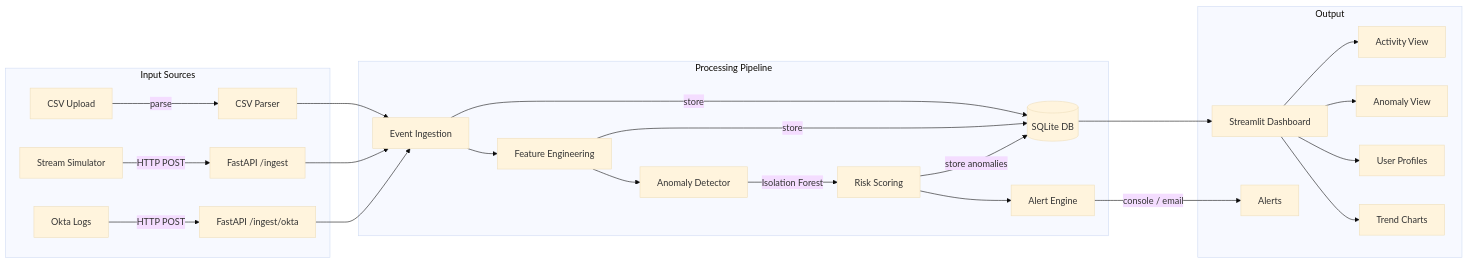
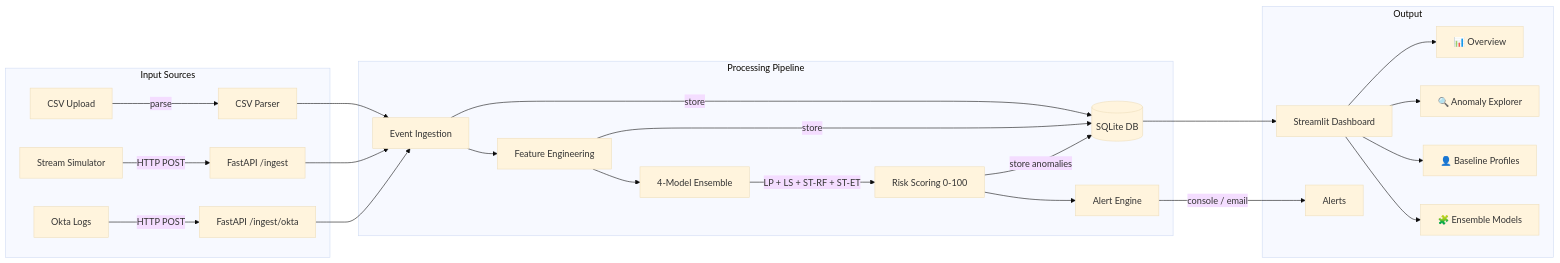
The first of 2 diagrams in docs/architecture.md (abhijitkar10/seminarr), drawn with Mermaid (base theme) before and after one commit. The commit also changed other lines of this file and 29 other files, not shown here.

````diff
--- a/docs/architecture.md
+++ b/docs/architecture.md
@@ -5,30 +5,30 @@
 ```mermaid
 graph LR
     subgraph Input Sources
         A[CSV Upload] -->|parse| B[CSV Parser]
         C[Stream Simulator] -->|HTTP POST| D[FastAPI /ingest]
         E[Okta Logs] -->|HTTP POST| F[FastAPI /ingest/okta]
     end
 
     subgraph Processing Pipeline
         B --> G[Event Ingestion]
         D --> G
         F --> G
         G -->|store| H[(SQLite DB)]
         G --> I[Feature Engineering]
         I -->|store| H
-        I --> J[Anomaly Detector]
-        J -->|Isolation Forest| K[Risk Scoring]
+        I --> J[4-Model Ensemble]
+        J -->|LP + LS + ST-RF + ST-ET| K[Risk Scoring 0-100]
         K -->|store anomalies| H
         K --> L[Alert Engine]
     end
 
     subgraph Output
         L -->|console / email| M[Alerts]
         H --> N[Streamlit Dashboard]
-        N --> O[Activity View]
-        N --> P[Anomaly View]
-        N --> Q[User Profiles]
-        N --> R[Trend Charts]
+        N --> O[📊 Overview]
+        N --> P[🔍 Anomaly Explorer]
+        N --> Q[👤 Baseline Profiles]
+        N --> R[🧩 Ensemble Models]
     end
 ```
````
